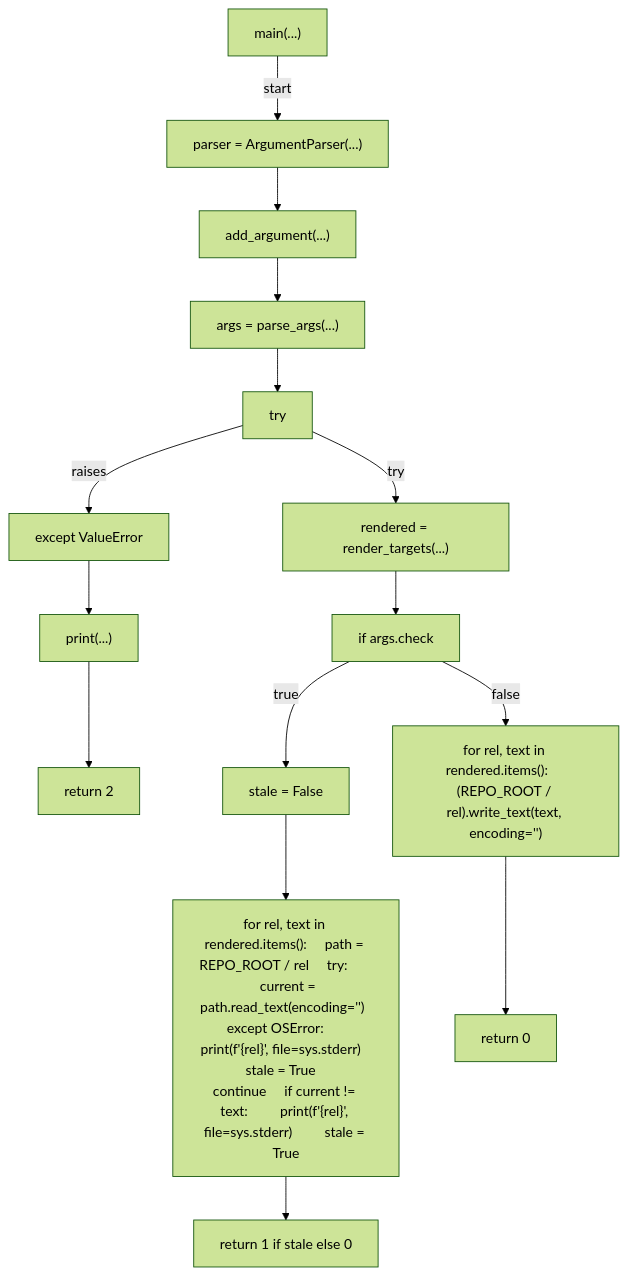
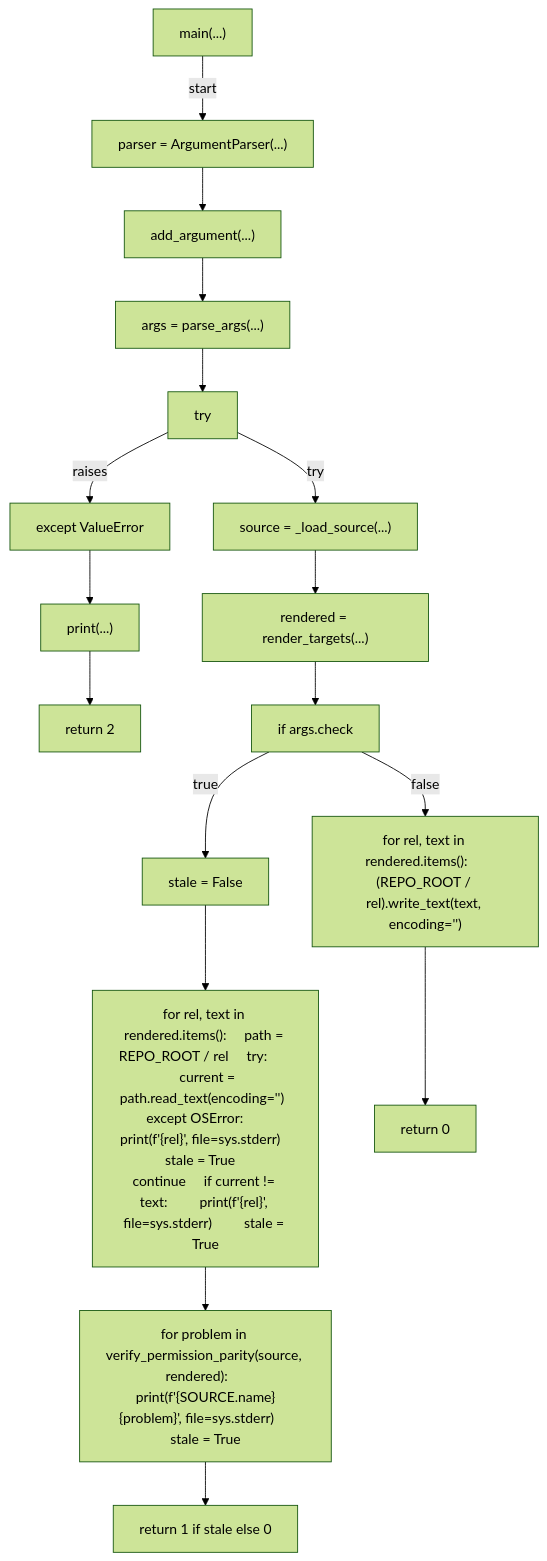
Before and after one commit to tvna/claude-md: diagram 12 of 12 in docs/generated/scripts/ast/gen_agent_hooks.md, drawn with Mermaid (forest theme). The commit also changed other lines of this file and 1 other file, not shown here.

First line of the commit message:
docs(generated): regenerate decision tree and workflow diagrams

````diff
--- a/docs/generated/scripts/ast/gen_agent_hooks.md
+++ b/docs/generated/scripts/ast/gen_agent_hooks.md
@@ -131,32 +253,36 @@
 ```mermaid
 flowchart TD
     N001["main(...)"]
     N002["parser = ArgumentParser(...)"]
     N003["add_argument(...)"]
     N004["args = parse_args(...)"]
     N005["try"]
-    N006["rendered = render_targets(...)"]
-    N007["except ValueError"]
-    N008["print(...)"]
-    N009["return 2"]
-    N010["if args.check"]
-    N011["stale = False"]
-    N012["for rel, text in rendered.items():     path = REPO_ROOT / rel     try:         current = path.read_text(encoding='<str>')     except OSError:         print(f'<str>{rel}<str>', file=sys.stderr)         stale = True         continue     if current != text:         print(f'<str>{rel}<str>', file=sys.stderr)         stale = True"]
-    N013["return 1 if stale else 0"]
-    N014["for rel, text in rendered.items():     (REPO_ROOT / rel).write_text(text, encoding='<str>')"]
-    N015["return 0"]
+    N006["source = _load_source(...)"]
+    N007["rendered = render_targets(...)"]
+    N008["except ValueError"]
+    N009["print(...)"]
+    N010["return 2"]
+    N011["if args.check"]
+    N012["stale = False"]
+    N013["for rel, text in rendered.items():     path = REPO_ROOT / rel     try:         current = path.read_text(encoding='<str>')     except OSError:         print(f'<str>{rel}<str>', file=sys.stderr)         stale = True         continue     if current != text:         print(f'<str>{rel}<str>', file=sys.stderr)         stale = True"]
+    N014["for problem in verify_permission_parity(source, rendered):     print(f'<str>{SOURCE.name}<str>{problem}', file=sys.stderr)     stale = True"]
+    N015["return 1 if stale else 0"]
+    N016["for rel, text in rendered.items():     (REPO_ROOT / rel).write_text(text, encoding='<str>')"]
+    N017["return 0"]
     N001 -->|"start"| N002
     N002 --> N003
     N003 --> N004
     N004 --> N005
     N005 -->|"try"| N006
-    N005 -->|"raises"| N007
-    N007 --> N008
+    N006 --> N007
+    N005 -->|"raises"| N008
     N008 --> N009
-    N006 --> N010
-    N010 -->|"true"| N011
-    N011 --> N012
+    N009 --> N010
+    N007 --> N011
+    N011 -->|"true"| N012
     N012 --> N013
-    N010 -->|"false"| N014
+    N013 --> N014
     N014 --> N015
+    N011 -->|"false"| N016
+    N016 --> N017
 ```
````
